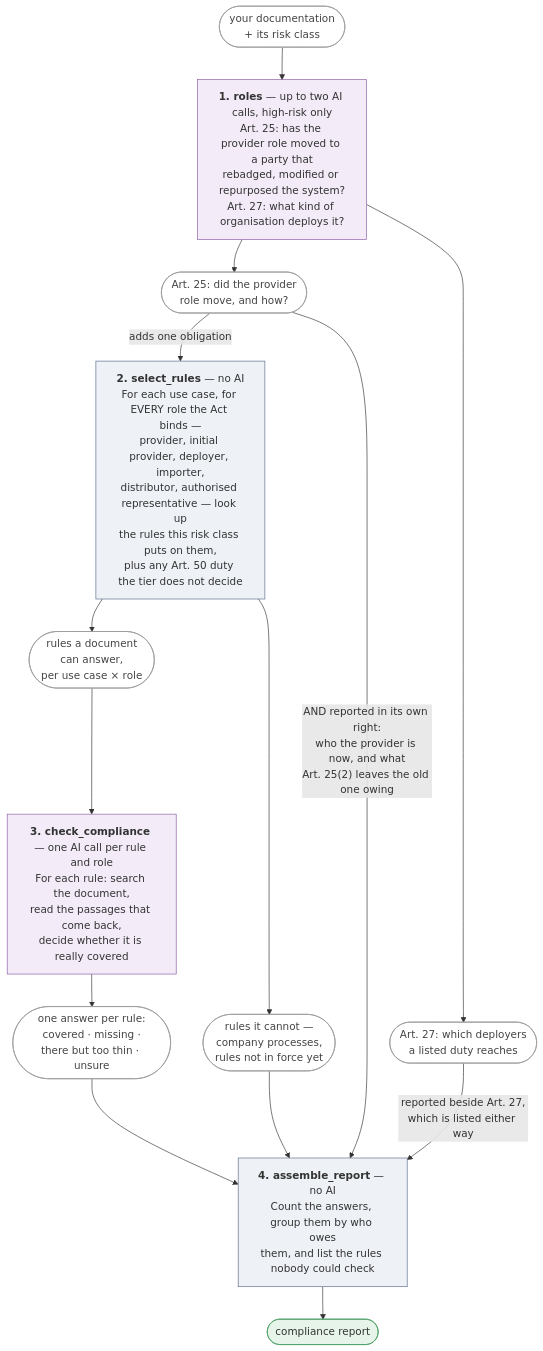
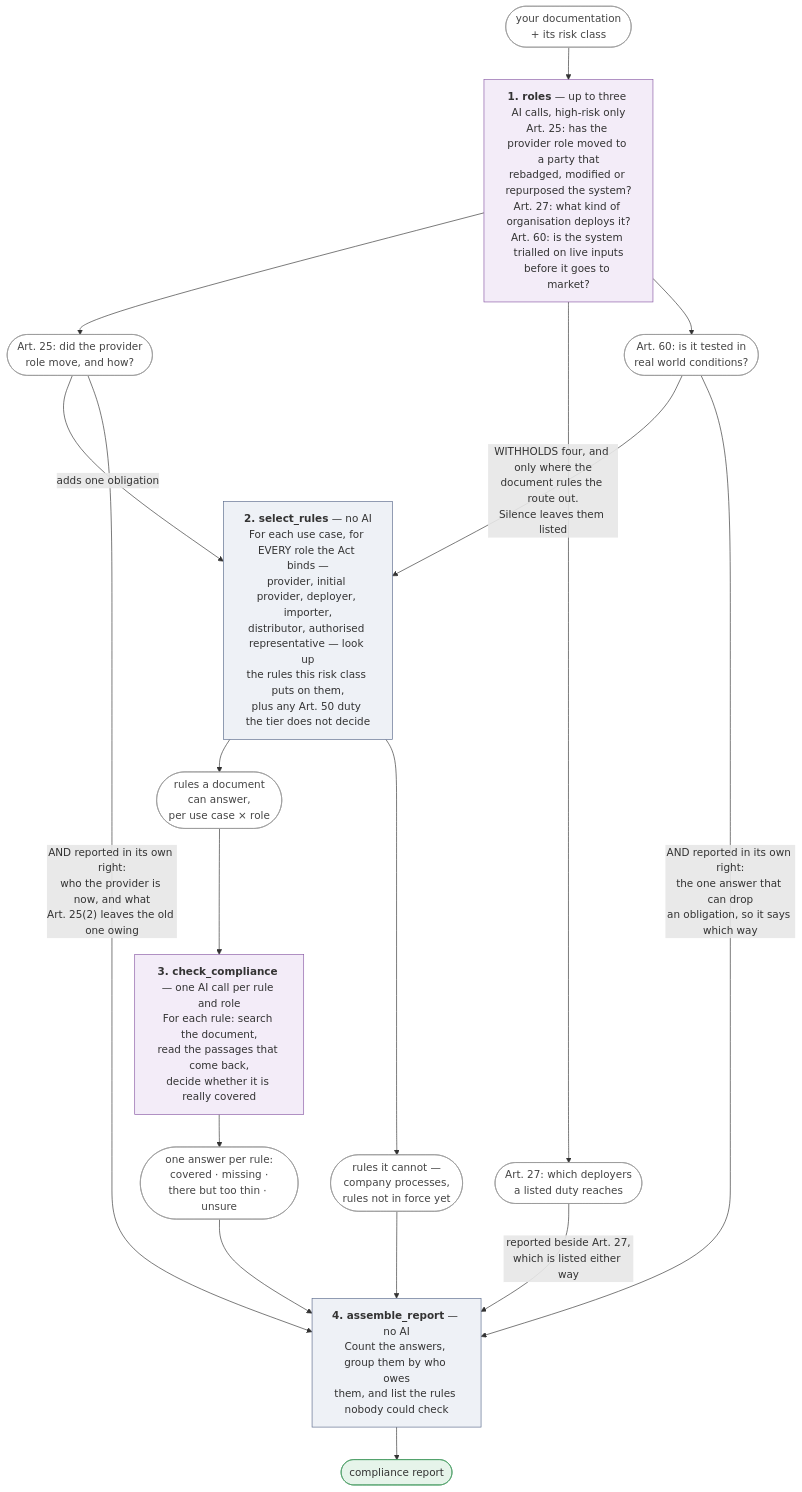
Before and after one commit to vidibro/ai-act-compliance-agent: the second of 2 diagrams in README.md, drawn with Mermaid. The commit also changed other lines of this file and 16 other files, not shown here.

Commit message:
Ask whether the system is trialled on live inputs, and give the route the duties it costs

````diff
--- a/README.md
+++ b/README.md
@@ -274,27 +274,30 @@
 ```mermaid
 flowchart TD
     IN([your documentation<br/>+ its risk class]):::data --> ROLES
 
-    ROLES["<b>1. roles</b> — up to two AI calls, high-risk only<br/>Art. 25: has the provider role moved to a party that<br/>rebadged, modified or repurposed the system?<br/>Art. 27: what kind of organisation deploys it?"]:::model
-    ROLES --> MOVED([Art. 25: did the provider<br/>role move, and how?]):::data
-    ROLES --> WHO([Art. 27: which deployers<br/>a listed duty reaches]):::data
-    MOVED -->|"adds one obligation"| SEL
+    ROLES["<b>1. roles</b> — up to three AI calls, high-risk only<br/>Art. 25: has the provider role moved to a party that<br/>rebadged, modified or repurposed the system?<br/>Art. 27: what kind of organisation deploys it?<br/>Art. 60: is the system trialled on live inputs<br/>before it goes to market?"]:::model
+    ROLES --> provider_reallocation([Art. 25: did the provider<br/>role move, and how?]):::data
+    ROLES --> deployer_type([Art. 27: which deployers<br/>a listed duty reaches]):::data
+    ROLES --> real_world_testing([Art. 60: is it tested in<br/>real world conditions?]):::data
+    provider_reallocation -->|"adds one obligation"| SEL
+    real_world_testing -->|"WITHHOLDS four, and only where the<br/>document rules the route out.<br/>Silence leaves them listed"| SEL
 
     SEL["<b>2. select_rules</b> — no AI<br/>For each use case, for EVERY role the Act binds —<br/>provider, initial provider, deployer, importer,<br/>distributor, authorised representative — look up<br/>the rules this risk class puts on them,<br/>plus any Art. 50 duty the tier does not decide"]:::code
     SEL --> CAN([rules a document<br/>can answer,<br/>per use case × role]):::data
     SEL --> CANT([rules it cannot —<br/>company processes,<br/>rules not in force yet]):::data
 
     CAN --> JUD["<b>3. check_compliance</b> — one AI call per rule and role<br/>For each rule: search the document,<br/>read the passages that come back,<br/>decide whether it is really covered"]:::model
     JUD --> V([one answer per rule:<br/>covered · missing ·<br/>there but too thin · unsure]):::data
 
     V --> ASM["<b>4. assemble_report</b> — no AI<br/>Count the answers, group them by who owes<br/>them, and list the rules nobody could check"]:::code
     CANT --> ASM
-    WHO -->|"reported beside Art. 27,<br/>which is listed either way"| ASM
-    MOVED -->|"AND reported in its own right:<br/>who the provider is now, and what<br/>Art. 25(2) leaves the old one owing"| ASM
+    deployer_type -->|"reported beside Art. 27,<br/>which is listed either way"| ASM
+    provider_reallocation -->|"AND reported in its own right:<br/>who the provider is now, and what<br/>Art. 25(2) leaves the old one owing"| ASM
+    real_world_testing -->|"AND reported in its own right:<br/>the one answer that can drop<br/>an obligation, so it says which way"| ASM
     ASM --> OUT([compliance report]):::ok
 
     classDef code fill:#eef1f6,stroke:#5b6b8c
     classDef model fill:#f3ecf8,stroke:#8a5ba6
     classDef data fill:#fff,stroke:#999,color:#444
     classDef ok fill:#e6f4ea,stroke:#4a9d63
 ```
````
